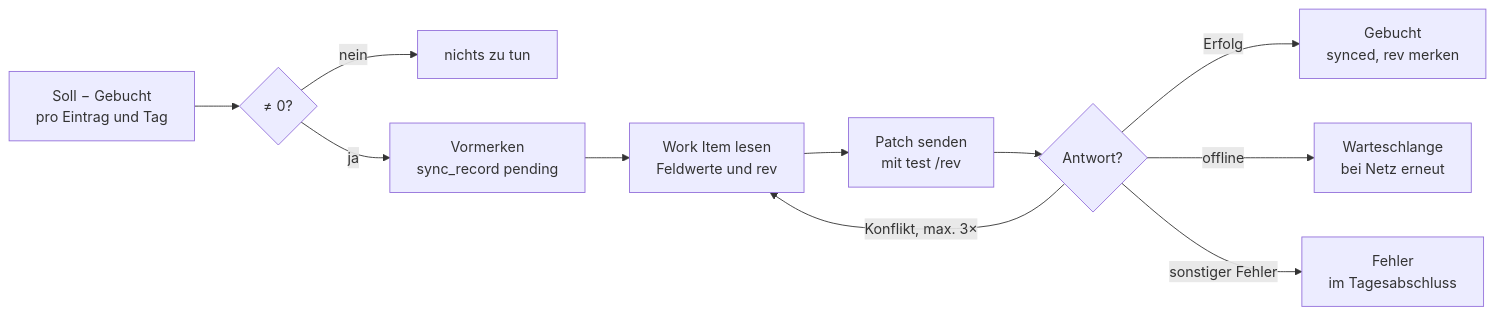
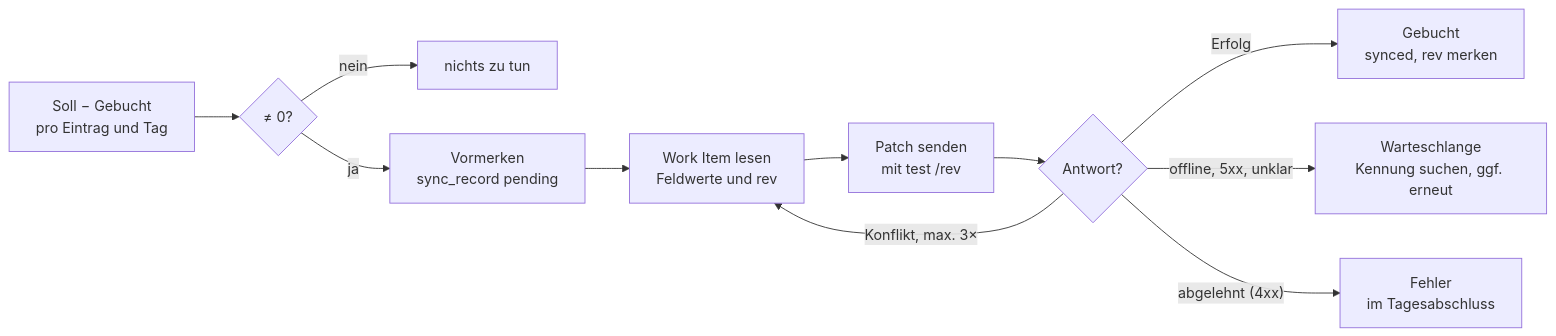
The second of 2 diagrams in docs/TECHNICAL_CONCEPT.md (nimble-123/takt), drawn with Mermaid before and after one commit. The commit also changed other lines of this file and 3 other files, not shown here.

````diff
--- a/docs/TECHNICAL_CONCEPT.md
+++ b/docs/TECHNICAL_CONCEPT.md
@@ -368,13 +368,13 @@
 ```mermaid
 flowchart LR
     A["Soll − Gebucht<br/>pro Eintrag und Tag"] --> B{"≠ 0?"}
     B -- nein --> N["nichts zu tun"]
     B -- ja --> C["Vormerken<br/>sync_record pending"]
     C --> D["Work Item lesen<br/>Feldwerte und rev"]
     D --> E["Patch senden<br/>mit test /rev"]
     E --> F{"Antwort?"}
     F -- Erfolg --> G["Gebucht<br/>synced, rev merken"]
     F -- "Konflikt, max. 3×" --> D
-    F -- offline --> Q["Warteschlange<br/>bei Netz erneut"]
-    F -- sonstiger Fehler --> X["Fehler<br/>im Tagesabschluss"]
+    F -- "offline, 5xx, unklar" --> Q["Warteschlange<br/>Kennung suchen, ggf. erneut"]
+    F -- "abgelehnt (4xx)" --> X["Fehler<br/>im Tagesabschluss"]
 ```
````
